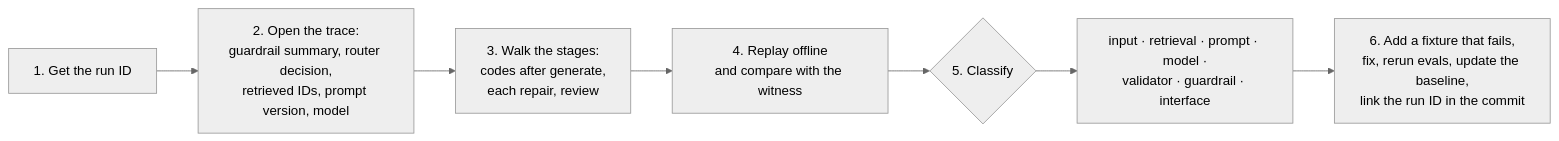
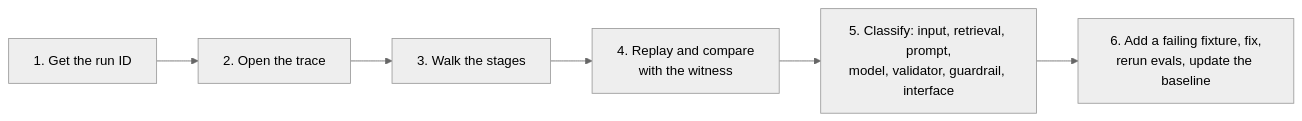
The sixth of 6 diagrams in docs/prompts/tech-prom.md (purush001/unix-to-python), drawn with Mermaid (neutral theme) before and after one commit. The commit also changed other lines of this file, not shown here.

First line of the commit message:
Make tech-prom.md a project-specific prompt covering only the work done

````diff
--- a/docs/prompts/tech-prom.md
+++ b/docs/prompts/tech-prom.md
@@ -456,9 +288,8 @@
 ```mermaid
 flowchart LR
-  A["1. Get the run ID"] --> B["2. Open the trace:<br/>guardrail summary, router decision,<br/>retrieved IDs, prompt version, model"]
-  B --> C["3. Walk the stages:<br/>codes after generate,<br/>each repair, review"]
-  C --> D["4. Replay offline<br/>and compare with the witness"]
-  D --> E{"5. Classify"}
-  E --> F["input · retrieval · prompt · model ·<br/>validator · guardrail · interface"]
-  F --> G["6. Add a fixture that fails,<br/>fix, rerun evals, update the baseline,<br/>link the run ID in the commit"]
+  A["1. Get the run ID"] --> B["2. Open the trace"]
+  B --> C["3. Walk the stages"]
+  C --> D["4. Replay and compare<br/>with the witness"]
+  D --> E["5. Classify: input, retrieval, prompt,<br/>model, validator, guardrail, interface"]
+  E --> F["6. Add a failing fixture, fix,<br/>rerun evals, update the baseline"]
 ```
````
